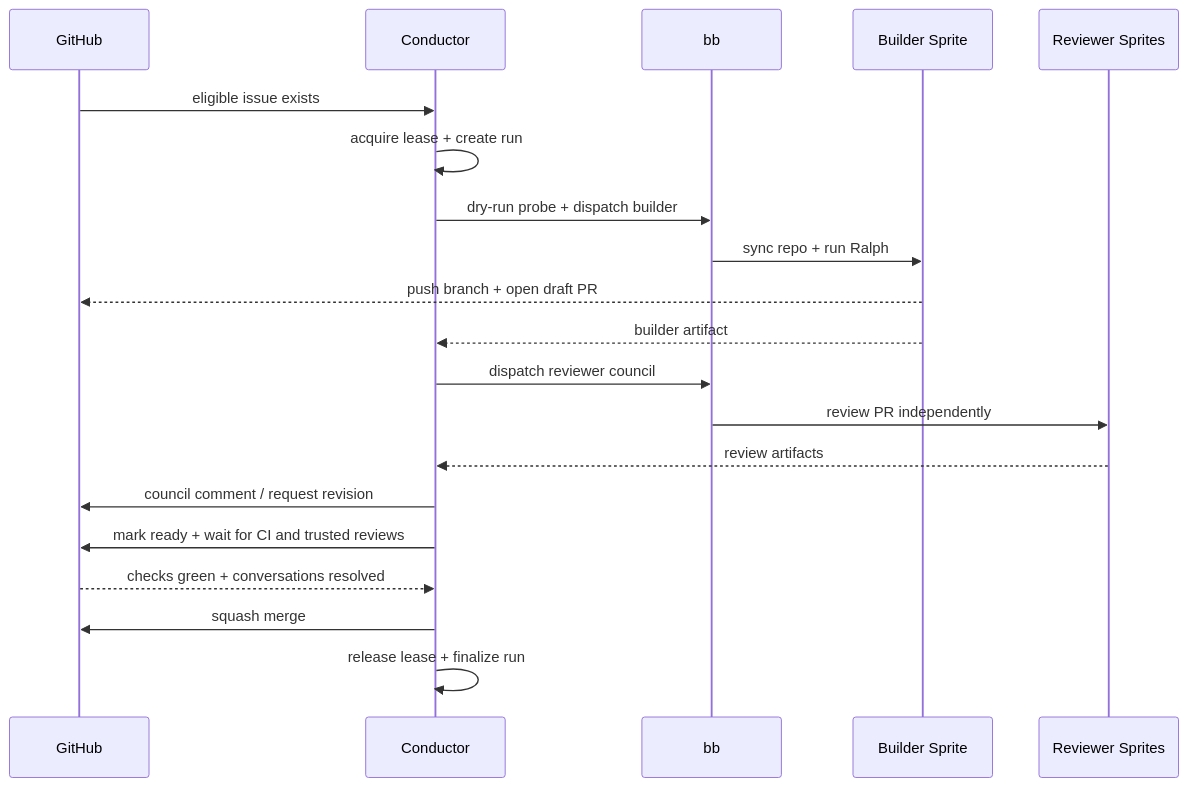
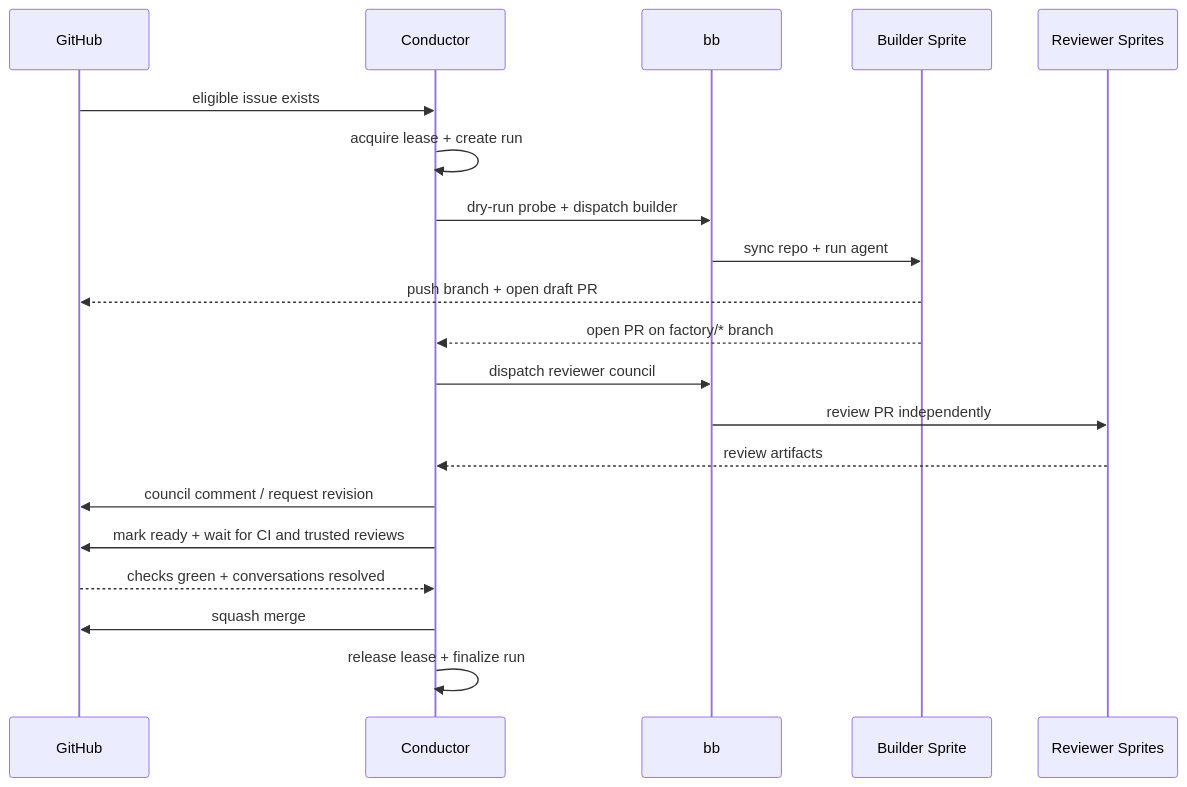
The second of 2 diagrams in docs/architecture/README.md (misty-step/bitterblossom), drawn with Mermaid before and after one commit. The commit also changed other lines of this file and 38 other files, not shown here.

````diff
--- a/docs/architecture/README.md
+++ b/docs/architecture/README.md
@@ -71,23 +71,23 @@
 ```mermaid
 sequenceDiagram
     participant GH as GitHub
     participant C as Conductor
     participant BB as bb
     participant W as Builder Sprite
     participant R as Reviewer Sprites
 
     GH->>C: eligible issue exists
     C->>C: acquire lease + create run
     C->>BB: dry-run probe + dispatch builder
-    BB->>W: sync repo + run Ralph
+    BB->>W: sync repo + run agent
     W-->>GH: push branch + open draft PR
-    W-->>C: builder artifact
+    W-->>C: open PR on factory/* branch
     C->>BB: dispatch reviewer council
     BB->>R: review PR independently
     R-->>C: review artifacts
     C->>GH: council comment / request revision
     C->>GH: mark ready + wait for CI and trusted reviews
     GH-->>C: checks green + conversations resolved
     C->>GH: squash merge
     C->>C: release lease + finalize run
 ```
````
